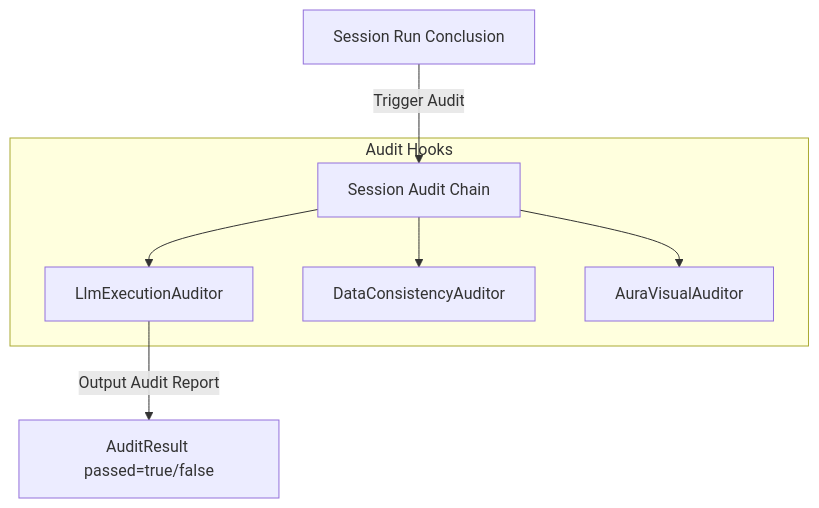
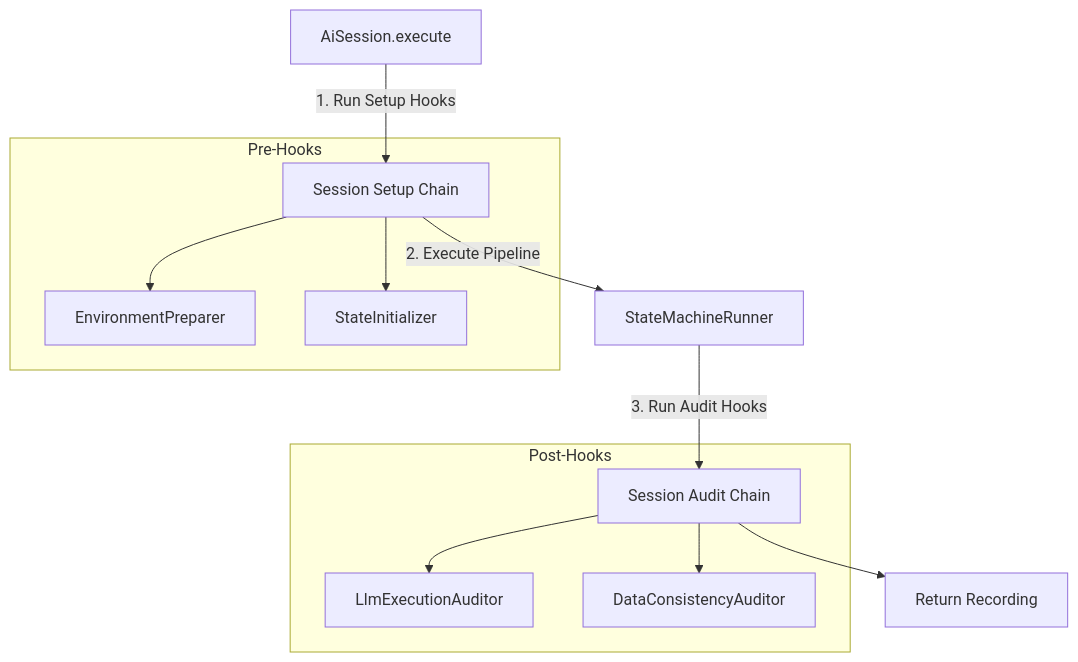
Diagram 14 of 15 in doc/redesign-v2/architecture.md (Xceptance/neodymium), drawn with Mermaid before and after one commit. The commit also changed other lines of this file and 2 other files, not shown here.

Commit message:
docs: replace LintStep with SessionSetupHook pre-execution lifecycle in architecture, specs, and tasks

````diff
--- a/doc/redesign-v2/architecture.md
+++ b/doc/redesign-v2/architecture.md
@@ -1613,12 +1628,17 @@
 ```mermaid
 graph TD
-    End[Session Run Conclusion] -->|Trigger Audit| Hooks[Session Audit Chain]
-    
-    subgraph Audit Hooks
-        Hooks --> A1[LlmExecutionAuditor]
-        Hooks --> A2[DataConsistencyAuditor]
-        Hooks --> A3[AuraVisualAuditor]
+    Start[AiSession.execute] -->|1. Run Setup Hooks| PreHooks[Session Setup Chain]
+    PreHooks -->|2. Execute Pipeline| Runner[StateMachineRunner]
+    Runner -->|3. Run Audit Hooks| PostHooks[Session Audit Chain]
+    PostHooks --> End[Return Recording]
+
+    subgraph Pre-Hooks
+        PreHooks --> S1[EnvironmentPreparer]
+        PreHooks --> S2[StateInitializer]
     end
 
-    A1 -->|Output Audit Report| Result[AuditResult passed=true/false]
+    subgraph Post-Hooks
+        PostHooks --> A1[LlmExecutionAuditor]
+        PostHooks --> A2[DataConsistencyAuditor]
+    end
 ```
````
